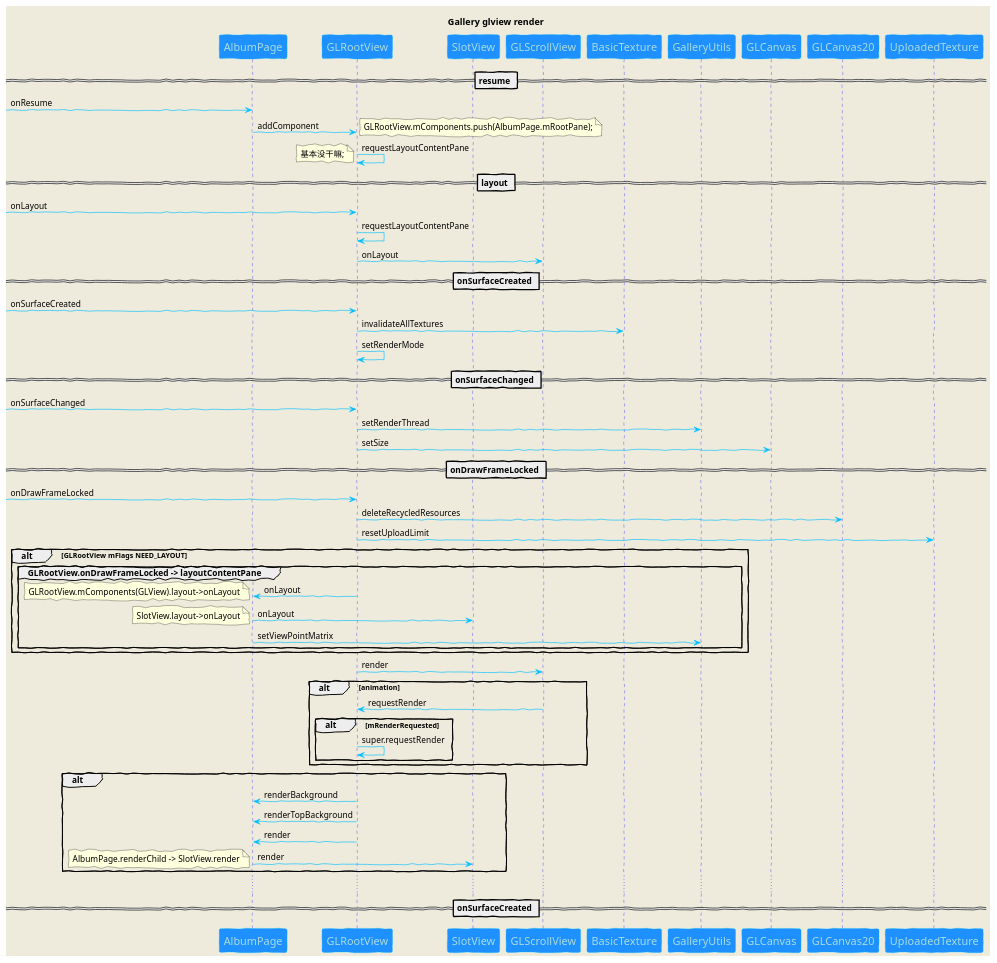
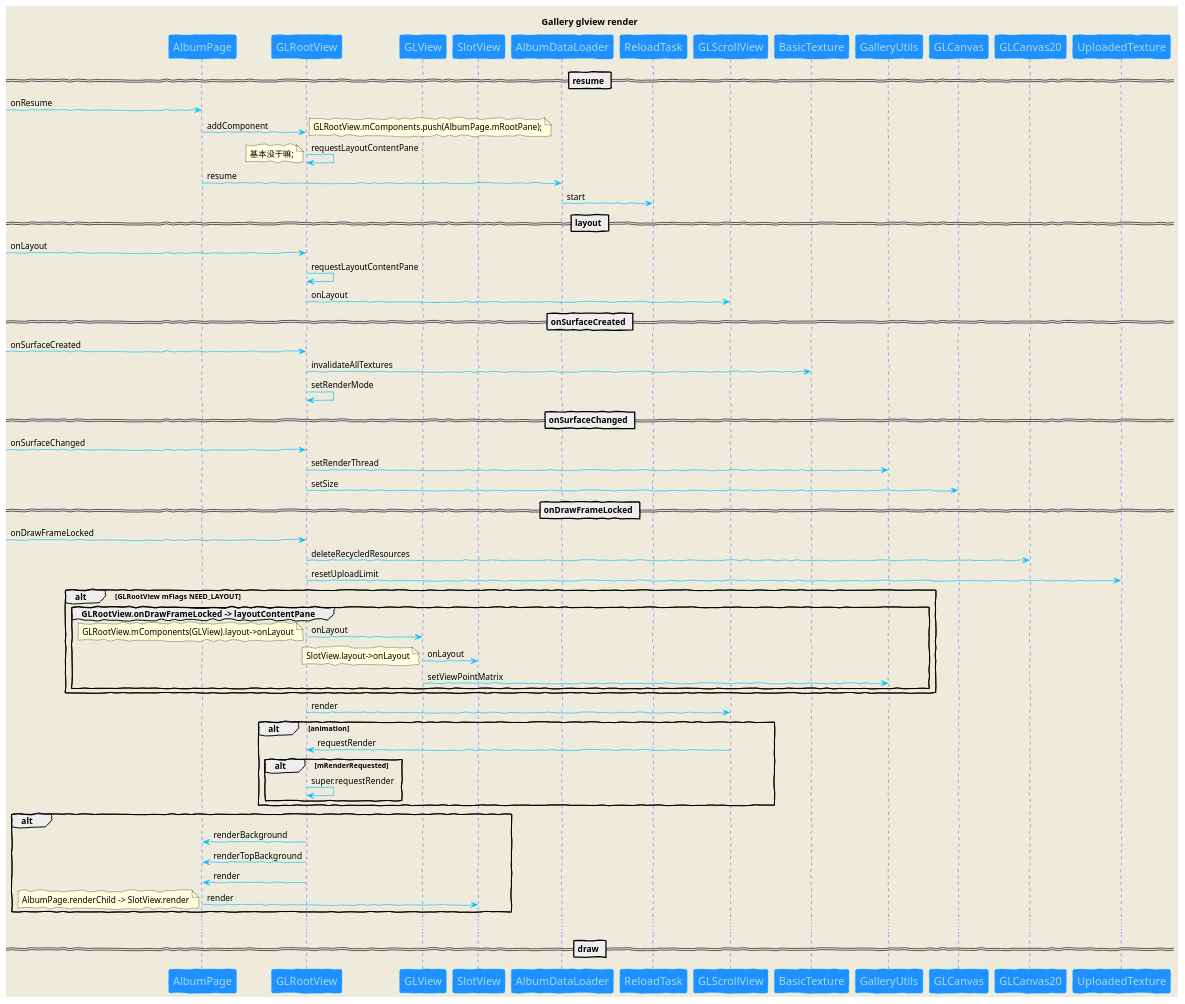
One commit to zuffy/AndroidSourceCode changed the diagram in FrameWorkGallery/Gallery-onlayout.puml. Above: the diagram before and after it, drawn with PlantUML.

Commit message:
更新 gallery onlayout 部分

```diff
--- a/FrameWorkGallery/Gallery-onlayout.puml
+++ b/FrameWorkGallery/Gallery-onlayout.puml
@@ -10,145 +10,149 @@
 @startuml
 
 skinparam backgroundColor #EEEBDC
 skinparam handwritten true
 skinparam sequence {
 	ArrowColor DeepSkyBlue
 	ActorBorderColor DeepSkyBlue
 	LifeLineBorderColor blue
 	LifeLineBackgroundColor #A9DCDF
 
 	ParticipantBorderColor DeepSkyBlue
 	ParticipantBackgroundColor DodgerBlue
 	ParticipantFontName Impact
 	ParticipantFontSize 17
 	ParticipantFontColor #A9DCDF
 
 	ActorBackgroundColor aqua
 	ActorFontColor DeepSkyBlue
 	ActorFontSize 17
 	ActorFontName Aapex
 }
 
 
 participant AlbumPage
 participant GLRootView
+participant GLView
 participant SlotView
 
 
 title Gallery glview render
 
 == resume ==
 [-> AlbumPage: onResume
 
 AlbumPage -> GLRootView: addComponent
 note right : GLRootView.mComponents.push(AlbumPage.mRootPane);
 GLRootView -> GLRootView: requestLayoutContentPane
 note left : 基本没干嘛;
+
+AlbumPage -> AlbumDataLoader: resume
+AlbumDataLoader -> ReloadTask: start
 
 == layout ==
 [-> GLRootView: onLayout
 
 GLRootView -> GLRootView: requestLayoutContentPane
 GLRootView -> GLScrollView: onLayout
 
 == onSurfaceCreated ==
 [-> GLRootView : onSurfaceCreated
 
 GLRootView -> BasicTexture: invalidateAllTextures
 GLRootView -> GLRootView : setRenderMode
 
 == onSurfaceChanged ==
 [-> GLRootView : onSurfaceChanged
 
 GLRootView -> GalleryUtils : setRenderThread
 GLRootView -> GLCanvas : setSize
 
 == onDrawFrameLocked ==
 [-> GLRootView : onDrawFrameLocked
 
 GLRootView -> GLCanvas20 : deleteRecycledResources
 GLRootView -> UploadedTexture : resetUploadLimit
 
 alt GLRootView mFlags NEED_LAYOUT
     group GLRootView.onDrawFrameLocked -> layoutContentPane
-        GLRootView -> AlbumPage: onLayout
+        GLRootView -> GLView: onLayout
         note left: GLRootView.mComponents(GLView).layout->onLayout
 
-        AlbumPage -> SlotView: onLayout
+        GLView -> SlotView: onLayout
         note left: SlotView.layout->onLayout
 
-        AlbumPage -> GalleryUtils : setViewPointMatrix
+        GLView -> GalleryUtils : setViewPointMatrix
     end
 end
 
 GLRootView -> GLScrollView : render
 alt animation
     GLScrollView -> GLRootView : requestRender
     alt mRenderRequested
         GLRootView -> GLRootView : super.requestRender
     end
 end
 
 
 alt
     GLRootView -> AlbumPage : renderBackground
     GLRootView -> AlbumPage : renderTopBackground
     GLRootView -> AlbumPage : render
     AlbumPage -> SlotView : render
     note left: AlbumPage.renderChild -> SlotView.render
 end
 
 ...
-== onSurfaceCreated ==
+== draw ==
 
 
 
 
 
 
 
 
 
 
 
 
 
 
 
 
 
 
 
 
 
 
 
 
 
 
 
 
 
 
 
 
 
 
 
 
 
 
 
 
 
 
 
 
 
 
 
 
 
 
 
 @enduml
```
